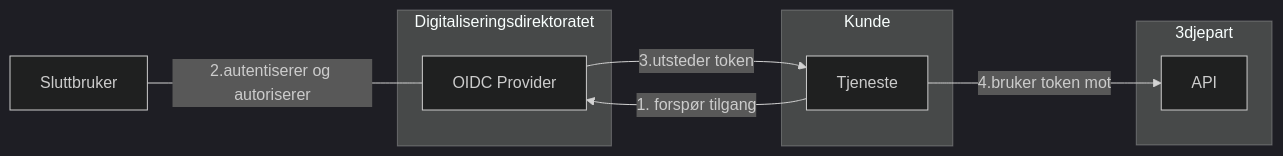
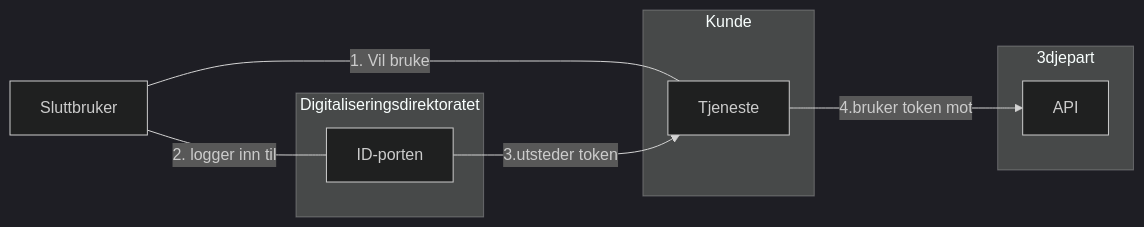
Before and after one commit to felleslosninger/docs: the first of 2 diagrams in _docs/ID-porten/oidc/oidc_auth_oauth2.md, drawn with Mermaid (dark theme). The commit also changed other lines of this file, not shown here.

```diff
--- a/_docs/ID-porten/oidc/oidc_auth_oauth2.md
+++ b/_docs/ID-porten/oidc/oidc_auth_oauth2.md
@@ -49,16 +20,16 @@
  <div class="mermaid">
  graph LR
    subgraph 3djepart
      API
    end
    subgraph Digitaliseringsdirektoratet
-     OIDC[OIDC Provider]
+     OIDC[ID-porten]
    end
    subgraph Kunde
       ny[Tjeneste]
    end
+   Sluttbruker ---|1. Vil bruke|ny
    OIDC -->|3.utsteder token|ny
-   Sluttbruker ---|2.autentiserer og autoriserer|OIDC
-   ny -->|1. forspør tilgang|OIDC
+   Sluttbruker ---|2. logger inn til  |OIDC
    ny -->|4.bruker token mot|API
  </div>
```
